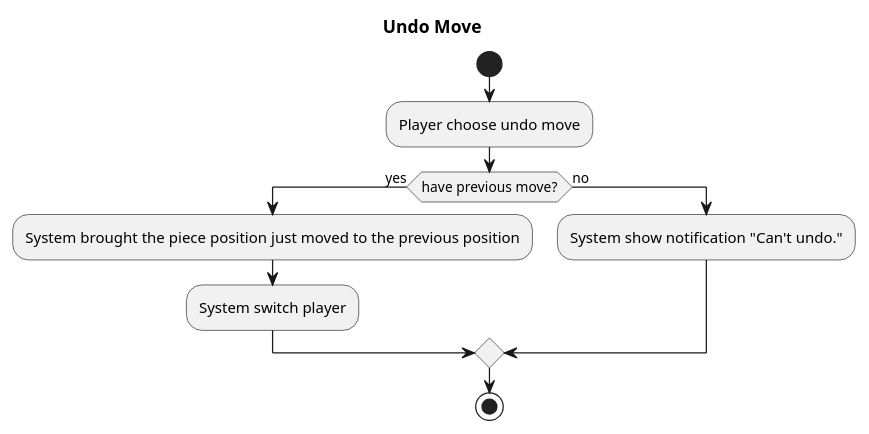
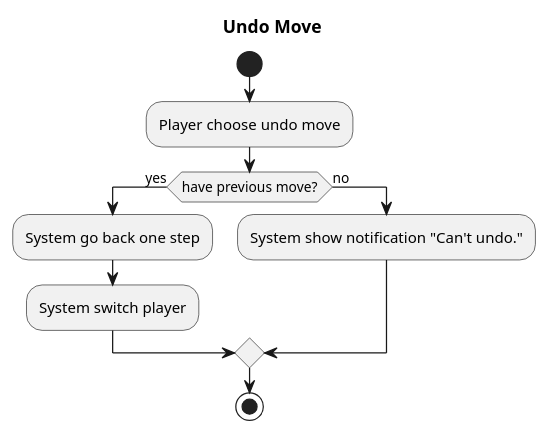
One commit to duyhq-zee1/chess-game changed the diagram in activity/undo-move.puml. Above: the diagram before and after it, drawn with PlantUML. The commit also changed 2 other files, not shown here.

```diff
--- a/activity/undo-move.puml
+++ b/activity/undo-move.puml
@@ -1,14 +1,13 @@
 @startuml "Activity diagram"
 title "Undo Move"
 
 start
 :Player choose undo move;
 if (have previous move?) then (yes)
-    :System brought the piece position just moved to the previous position;
+    :System go back one step;
     :System switch player;
 else (no)
     :System show notification "Can't undo.";
 endif
 stop
-
-    @enduml
+@enduml
```
